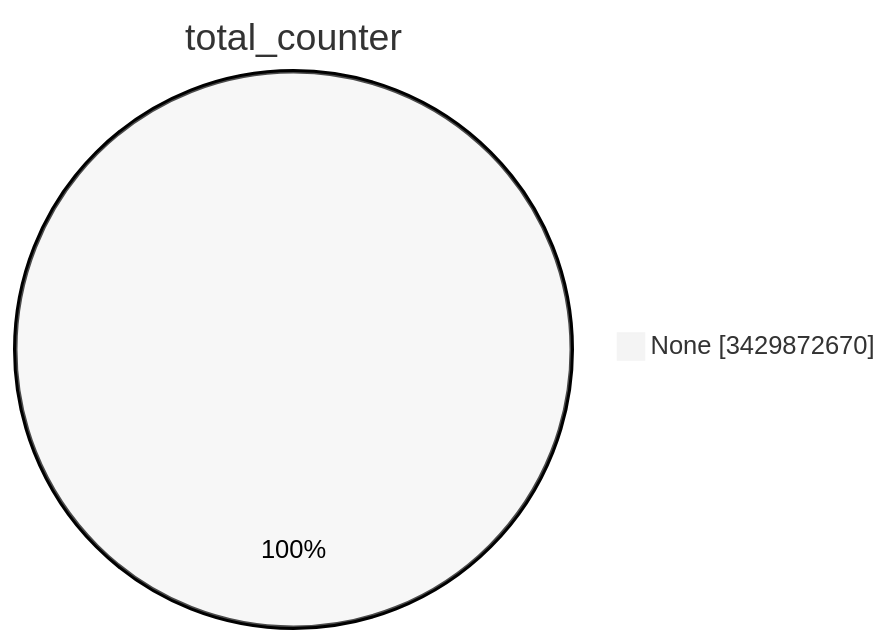
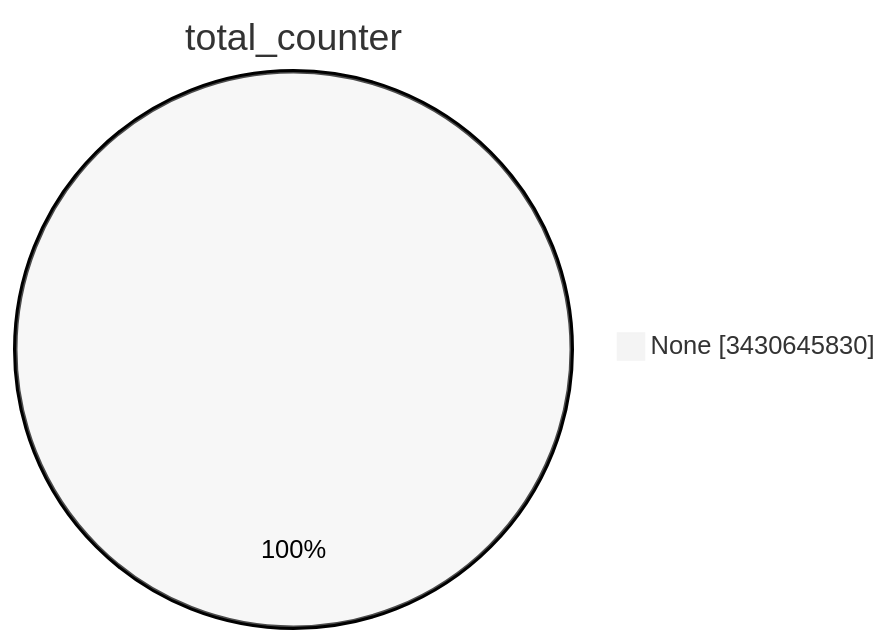
One commit to christiankrug/ctmonitor_visualization changed the first of 15 diagrams in TOTAL/README.md. Above: the diagram before and after it, drawn with Mermaid (neutral theme). The commit also changed other lines of this file, not shown here.

````diff
--- a/TOTAL/README.md
+++ b/TOTAL/README.md
@@ -1,5 +1,5 @@
 ```mermaid
 pie showData
 title total_counter
-"None" :3429872670
+"None" :3430645830
 ```
````
